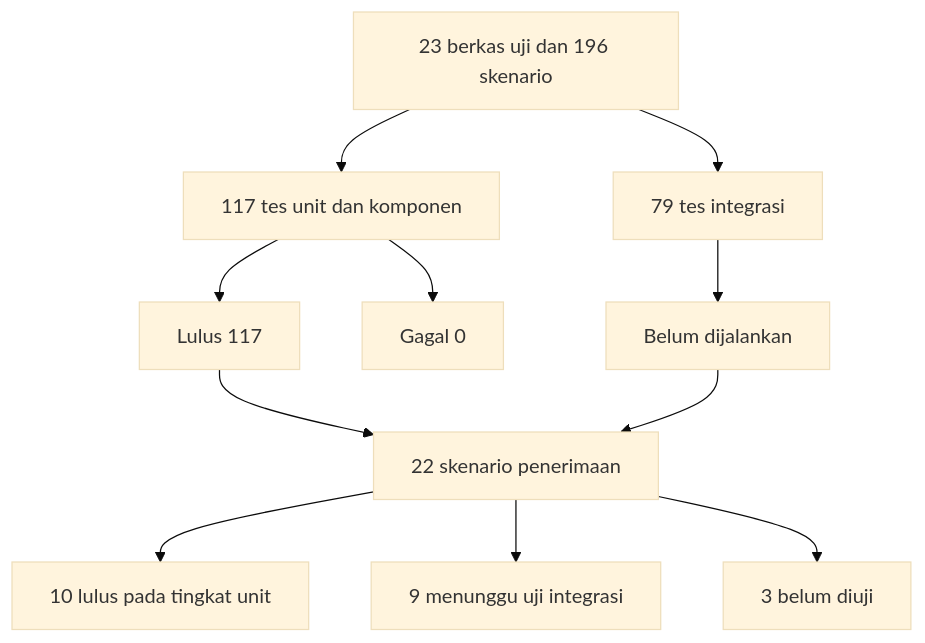
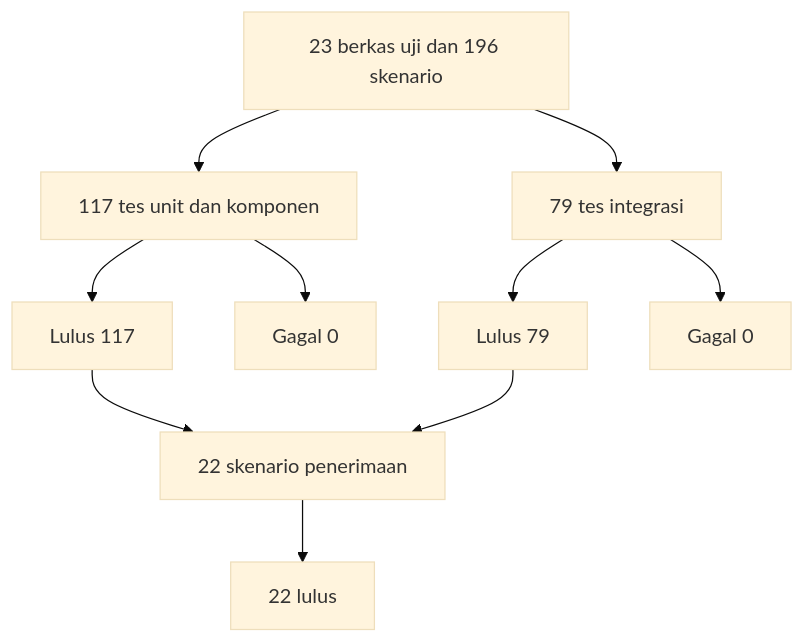
Before and after one commit to EkaBachrudin/ims: diagram 12 of 19 in capstone/LAPORAN-AKHIR.md, drawn with Mermaid (base theme). The commit also changed other lines of this file, not shown here.

````diff
--- a/capstone/LAPORAN-AKHIR.md
+++ b/capstone/LAPORAN-AKHIR.md
@@ -1884,13 +1916,12 @@
 ```mermaid
 flowchart TB
     A[23 berkas uji dan 196 skenario] --> B[117 tes unit dan komponen]
     A --> C[79 tes integrasi]
     B --> D[Lulus 117]
     B --> E[Gagal 0]
-    C --> F[Belum dijalankan]
-    D --> G[22 skenario penerimaan]
-    F --> G
-    G --> H[10 lulus pada tingkat unit]
-    G --> I[9 menunggu uji integrasi]
-    G --> J[3 belum diuji]
+    C --> F[Lulus 79]
+    C --> G[Gagal 0]
+    D --> H[22 skenario penerimaan]
+    F --> H
+    H --> I[22 lulus]
 ```
````
